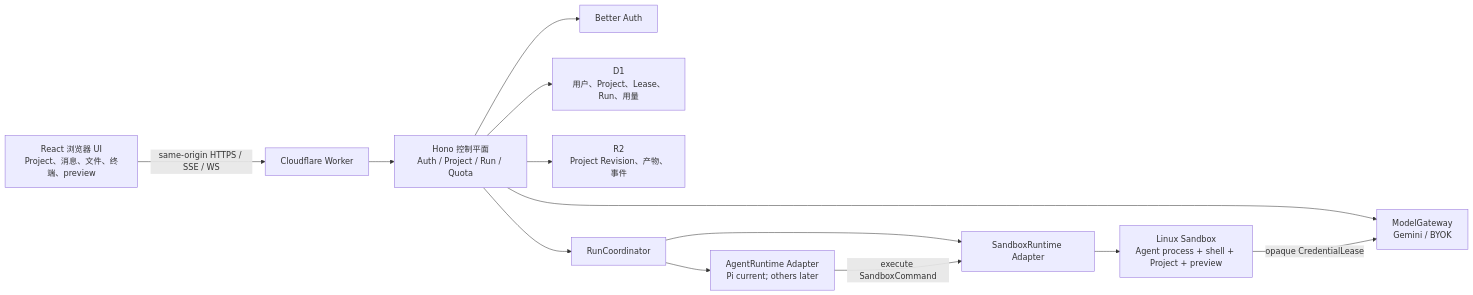
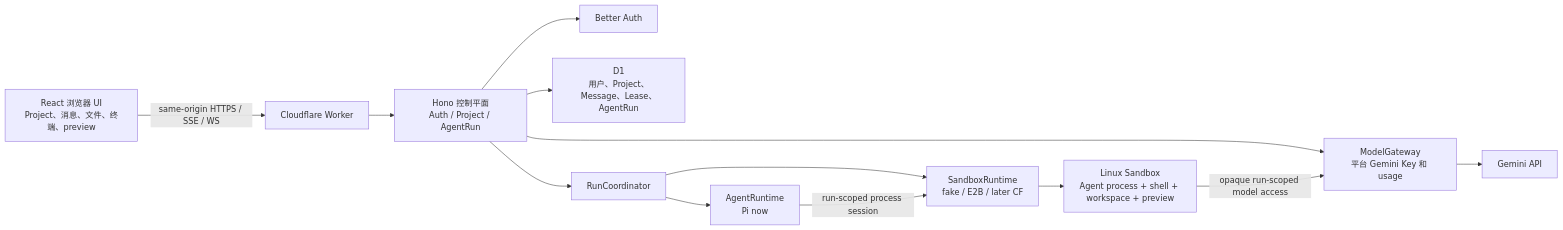
The first of 2 diagrams in docs/architecture/01-system-overview.md (DeyunMa/agent-online), drawn with Mermaid before and after one commit. The commit also changed other lines of this file and 31 other files, not shown here.

First line of the commit message:
refactor(architecture): establish d1-only agent run baseline

````diff
--- a/docs/architecture/01-system-overview.md
+++ b/docs/architecture/01-system-overview.md
@@ -16,15 +16,15 @@
 ```mermaid
 flowchart LR
     UI["React 浏览器 UI\nProject、消息、文件、终端、preview"] -->|"same-origin HTTPS / SSE / WS"| W["Cloudflare Worker"]
-    W --> H["Hono 控制平面\nAuth / Project / Run / Quota"]
+    W --> H["Hono 控制平面\nAuth / Project / AgentRun"]
     H --> BA["Better Auth"]
-    H --> D1["D1\n用户、Project、Lease、Run、用量"]
-    H --> R2["R2\nProject Revision、产物、事件"]
-    H --> MG["ModelGateway\nGemini / BYOK"]
+    H --> D1["D1\n用户、Project、Message、Lease、AgentRun"]
+    H --> MG["ModelGateway\n平台 Gemini Key 和 usage"]
     H --> RC["RunCoordinator"]
-    RC --> AR["AgentRuntime Adapter\nPi current; others later"]
-    RC --> SR["SandboxRuntime Adapter"]
-    AR -->|"execute SandboxCommand"| SR
-    SR --> SB["Linux Sandbox\nAgent process + shell + Project + preview"]
-    SB -->|"opaque CredentialLease"| MG
+    RC --> AR["AgentRuntime\nPi now"]
+    RC --> SR["SandboxRuntime\nfake / E2B / later CF"]
+    AR -->|"run-scoped process session"| SR
+    SR --> SB["Linux Sandbox\nAgent process + shell + workspace + preview"]
+    SB -->|"opaque run-scoped model access"| MG
+    MG --> GM["Gemini API"]
 ```
````
